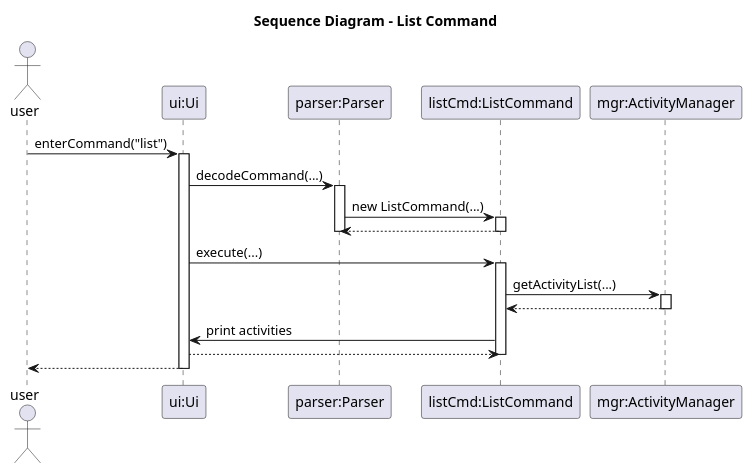
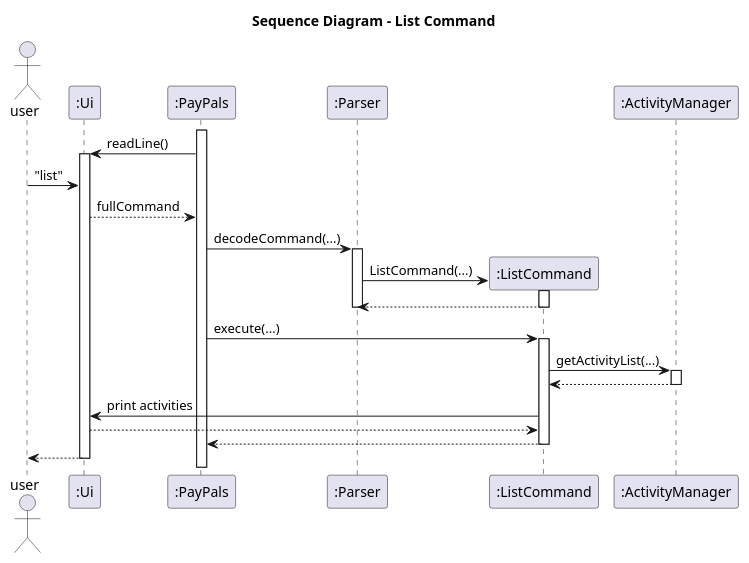
The diagram in docs/diagrams/ListCmdSeq.puml (jing-yen/tp), drawn with PlantUML before and after one commit. The commit also changed 7 other files, not shown here.

Commit message:
Edit sequence diagrams for commands

```diff
--- a/docs/diagrams/ListCmdSeq.puml
+++ b/docs/diagrams/ListCmdSeq.puml
@@ -1,32 +1,39 @@
 @startuml
 title Sequence Diagram - List Command
 actor user
 
-participant "ui:Ui" as ui
-participant "parser:Parser" as parser
-participant "listCmd:ListCommand" as listCmd
-participant "mgr:ActivityManager" as mgr
+participant ":Ui" as ui
+participant ":PayPals" as pp
+participant ":Parser" as parser
+participant ":ListCommand" as listCmd
+participant ":ActivityManager" as mgr
 
-user -> ui : enterCommand("list")
+activate pp
+pp -> ui : readLine()
 activate ui
-ui -> parser : decodeCommand(...)
+user -> ui : "list"
+ui --> pp : fullCommand
+
+pp -> parser : decodeCommand(...)
 activate parser
-parser -> listCmd : new ListCommand(...)
+parser -> listCmd **: ListCommand(...)
 activate listCmd
 listCmd --> parser :
 deactivate listCmd
 deactivate parser
 
-ui -> listCmd : execute(...)
+pp -> listCmd : execute(...)
 activate listCmd
 listCmd -> mgr : getActivityList(...)
 activate mgr
 mgr --> listCmd :
 deactivate mgr
 
 listCmd -> ui : print activities
 ui --> listCmd :
+
+listCmd --> pp
 deactivate listCmd
-ui --> user :
+ui --> user
 deactivate ui
 @enduml
```
